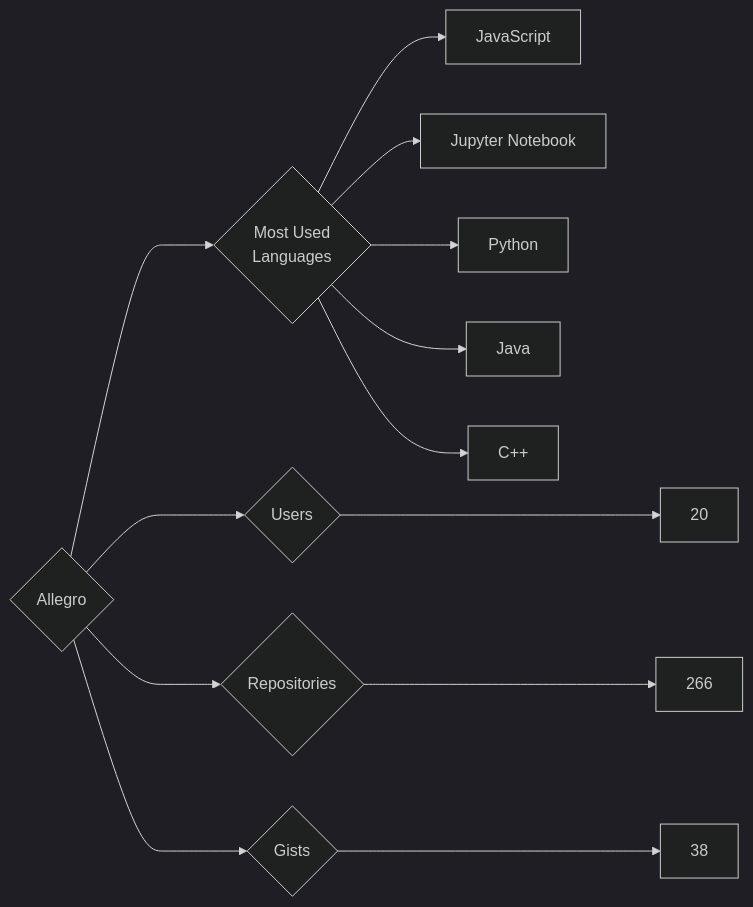
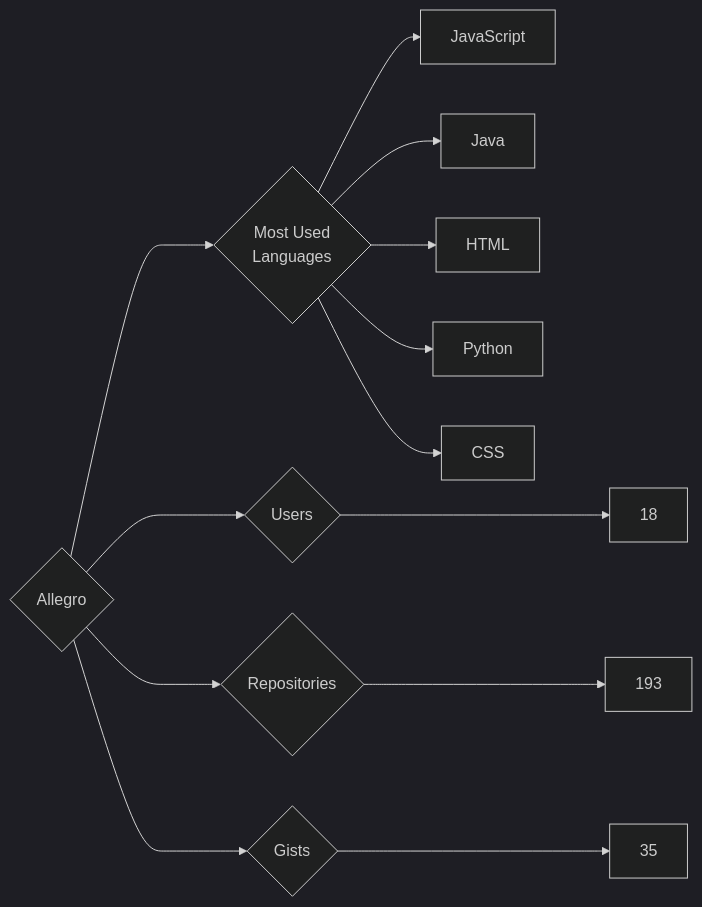
The diagram in targets/Allegro/README.md (trickest/insiders), drawn with Mermaid (dark theme) before and after one commit. The commit also changed 870 other files, not shown here.

````diff
--- a/targets/Allegro/README.md
+++ b/targets/Allegro/README.md
@@ -3,13 +3,13 @@
 ```mermaid
 graph LR
 COMPANY_NAME{Allegro}
-COMPANY_NAME ---> U{Users} ---> UN[20]
-COMPANY_NAME ---> R{Repositories} ---> RN[266]
-COMPANY_NAME ---> G{Gists} ---> GN[38]
+COMPANY_NAME ---> U{Users} ---> UN[18]
+COMPANY_NAME ---> R{Repositories} ---> RN[193]
+COMPANY_NAME ---> G{Gists} ---> GN[35]
 COMPANY_NAME ---> ML{Most Used<br>Languages}
 ML --> JavaScript[JavaScript]
-ML --> Jupyter_Notebook[Jupyter Notebook]
+ML --> Java[Java]
+ML --> HTML[HTML]
 ML --> Python[Python]
-ML --> Java[Java]
-ML --> C++[C++]
+ML --> CSS[CSS]
 ```
````
